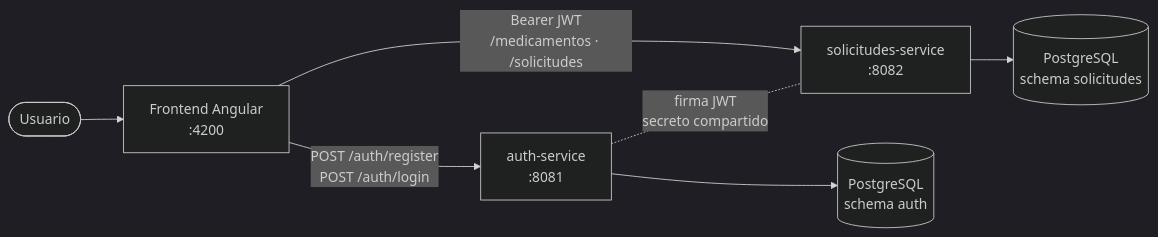
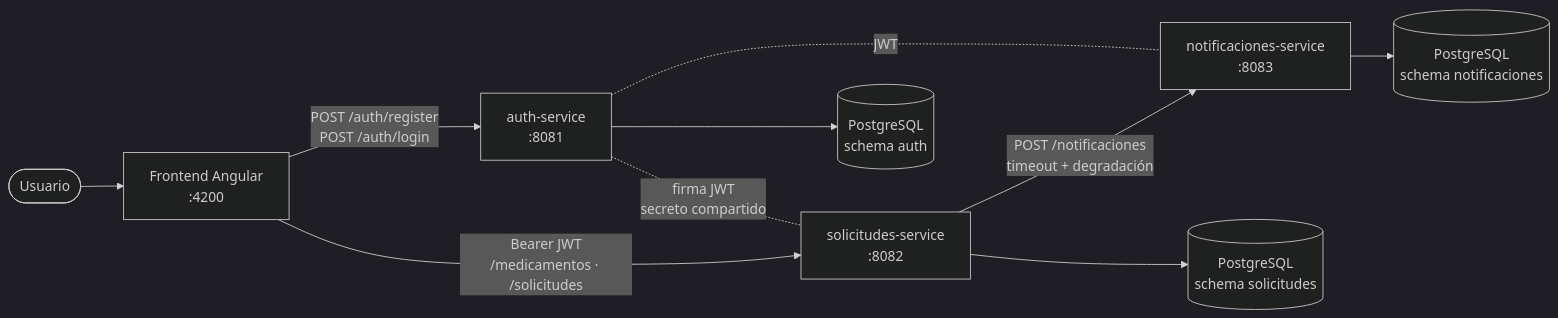
The first of 3 diagrams in README.md (JuanCFreelancer/solicitudes-medicamentos), drawn with Mermaid (dark theme) before and after one commit. The commit also changed other lines of this file and 2 other files, not shown here.

Commit message:
docs: actualiza modelo E-R, README y Postman con notificaciones y composición

````diff
--- a/README.md
+++ b/README.md
@@ -58,9 +62,12 @@
 ```mermaid
 flowchart LR
     U([Usuario]) --> FE[Frontend Angular<br/>:4200]
     FE -->|POST /auth/register<br/>POST /auth/login| AUTH[auth-service<br/>:8081]
     FE -->|Bearer JWT<br/>/medicamentos · /solicitudes| SOL[solicitudes-service<br/>:8082]
+    SOL -->|POST /notificaciones<br/>timeout + degradación| NOT[notificaciones-service<br/>:8083]
     AUTH --> DB[(PostgreSQL<br/>schema auth)]
     SOL --> DB2[(PostgreSQL<br/>schema solicitudes)]
+    NOT --> DB3[(PostgreSQL<br/>schema notificaciones)]
     AUTH -. firma JWT<br/>secreto compartido .- SOL
+    AUTH -. JWT .- NOT
 ```
````
